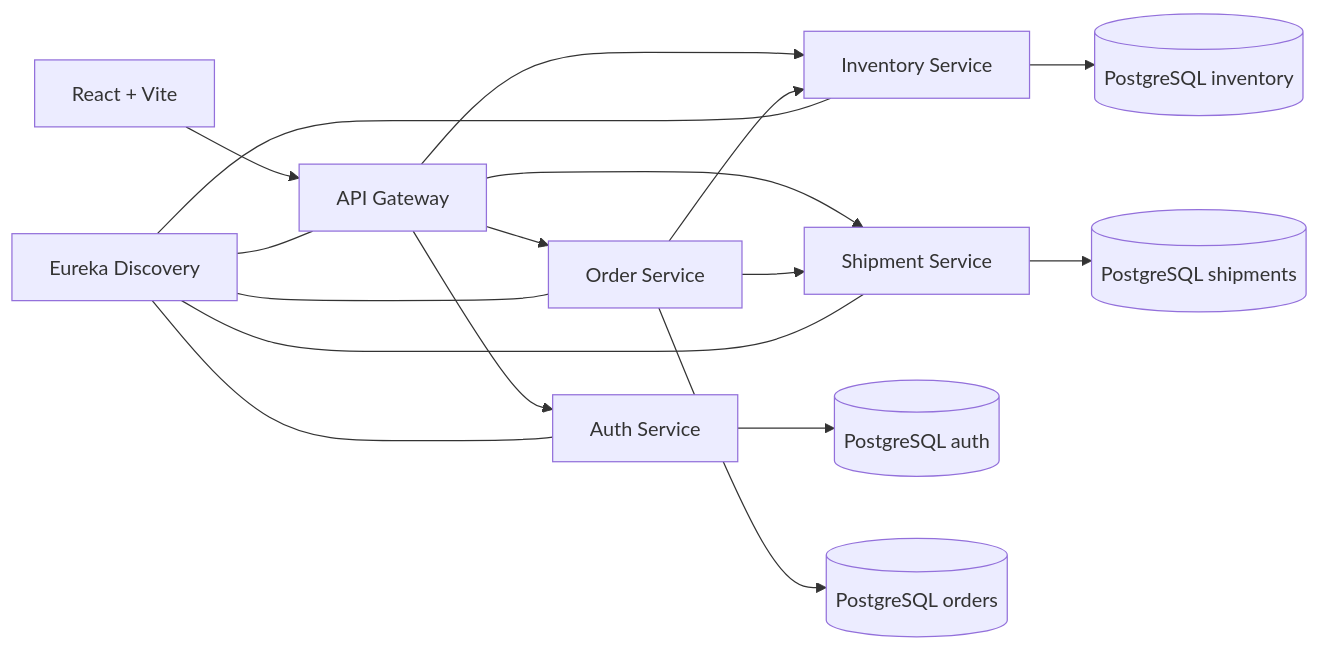
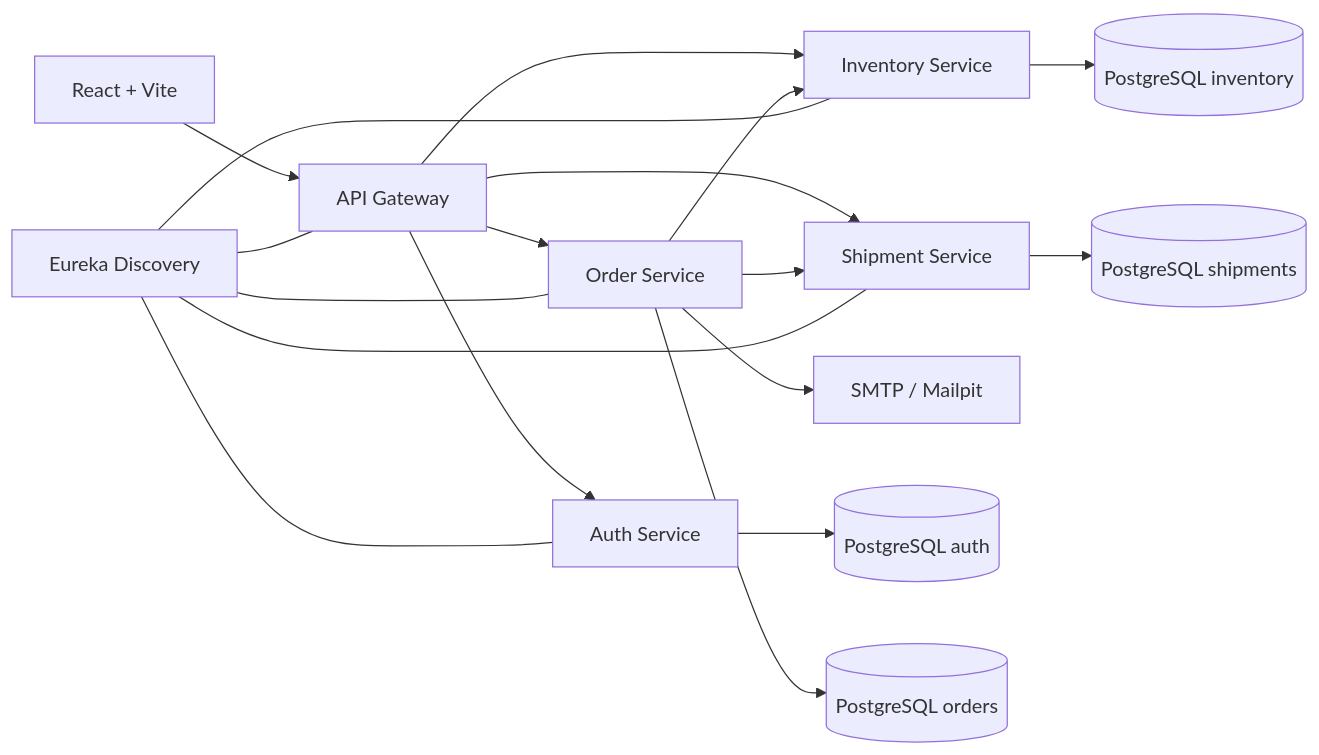
One commit to damvillanueva/ProyectoEcommerce1 changed the diagram in README.md. Above: the diagram before and after it, drawn with Mermaid. The commit also changed other lines of this file and 32 other files, not shown here.

````diff
--- a/README.md
+++ b/README.md
@@ -33,19 +35,20 @@
 ```mermaid
 flowchart LR
     UI["React + Vite"] --> GW["API Gateway"]
     GW --> AUTH["Auth Service"]
     GW --> INV["Inventory Service"]
     GW --> ORD["Order Service"]
     GW --> SHIP["Shipment Service"]
     ORD --> INV
     ORD --> SHIP
+    ORD --> MAIL["SMTP / Mailpit"]
     AUTH --> DBA[("PostgreSQL auth")]
     INV --> DBI[("PostgreSQL inventory")]
     ORD --> DBO[("PostgreSQL orders")]
     SHIP --> DBS[("PostgreSQL shipments")]
     DISC["Eureka Discovery"] --- GW
     DISC --- AUTH
     DISC --- INV
     DISC --- ORD
     DISC --- SHIP
 ```
````
